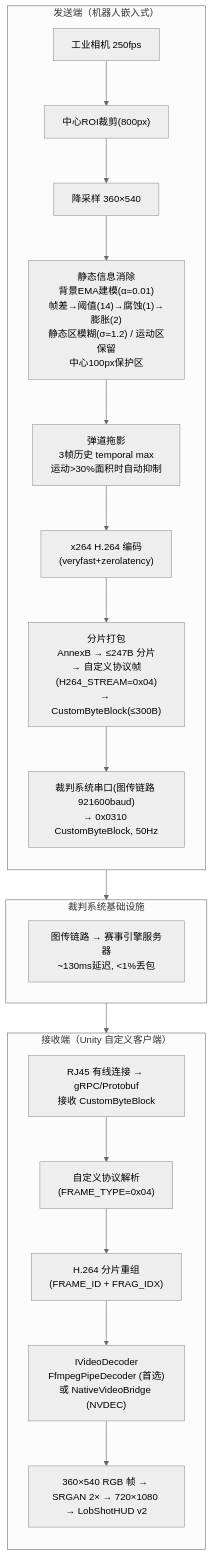
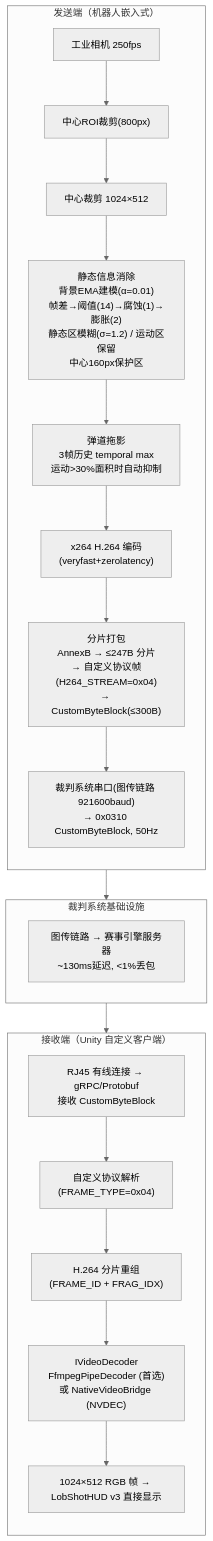
The first of 15 diagrams in 文档/视觉吊射方案.md (dfcyyyds/RoboMasterClientWMJ), drawn with Mermaid (neutral theme) before and after one commit. The commit also changed other lines of this file and 106 other files, not shown here.

````diff
--- a/文档/视觉吊射方案.md
+++ b/文档/视觉吊射方案.md
@@ -140,29 +144,29 @@
 ```mermaid
 flowchart TB
   subgraph Sender["发送端（机器人嵌入式）"]
     direction TB
     Cam["工业相机 250fps"] --> ROI["中心ROI裁剪(800px)"]
-    ROI --> Down["降采样 360×540"]
-    Down --> Static["静态信息消除<br/>背景EMA建模(α=0.01)<br/>帧差→阈值(14)→腐蚀(1)→膨胀(2)<br/>静态区模糊(σ=1.2) / 运动区保留<br/>中心100px保护区"]
+    ROI --> Down["中心裁剪 1024×512"]
+    Down --> Static["静态信息消除<br/>背景EMA建模(α=0.01)<br/>帧差→阈值(14)→腐蚀(1)→膨胀(2)<br/>静态区模糊(σ=1.2) / 运动区保留<br/>中心160px保护区"]
     Static --> Trail["弹道拖影<br/>3帧历史 temporal max<br/>运动&gt;30%面积时自动抑制"]
     Trail --> Enc["x264 H.264 编码<br/>(veryfast+zerolatency)"]
     Enc --> Pack["分片打包<br/>AnnexB → ≤247B 分片<br/>→ 自定义协议帧(H264_STREAM=0x04)<br/>→ CustomByteBlock(≤300B)"]
     Pack --> Serial["裁判系统串口(图传链路 921600baud)<br/>→ 0x0310 CustomByteBlock, 50Hz"]
   end
 
   Serial --> Referee
 
   subgraph Referee["裁判系统基础设施"]
     ref1["图传链路 → 赛事引擎服务器<br/>~130ms延迟, &lt;1%丢包"]
   end
 
   Referee --> Recv
 
   subgraph Recv["接收端（Unity 自定义客户端）"]
     direction TB
     grpc["RJ45 有线连接 → gRPC/Protobuf<br/>接收 CustomByteBlock"] --> Parse["自定义协议解析<br/>(FRAME_TYPE=0x04)"]
     Parse --> Reassemble["H.264 分片重组<br/>(FRAME_ID + FRAG_IDX)"]
     Reassemble --> Decoder["IVideoDecoder<br/>FfmpegPipeDecoder (首选)<br/>或 NativeVideoBridge (NVDEC)"]
-    Decoder --> HUD["360×540 RGB 帧 → SRGAN 2× → 720×1080 → LobShotHUD v2"]
+    Decoder --> HUD["1024×512 RGB 帧 → LobShotHUD v3 直接显示"]
   end
 ```
````
